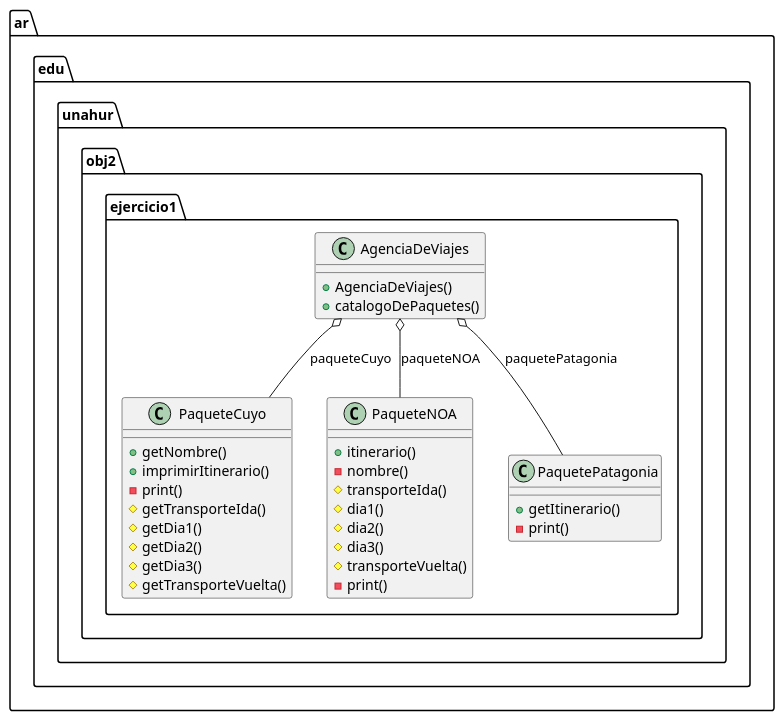
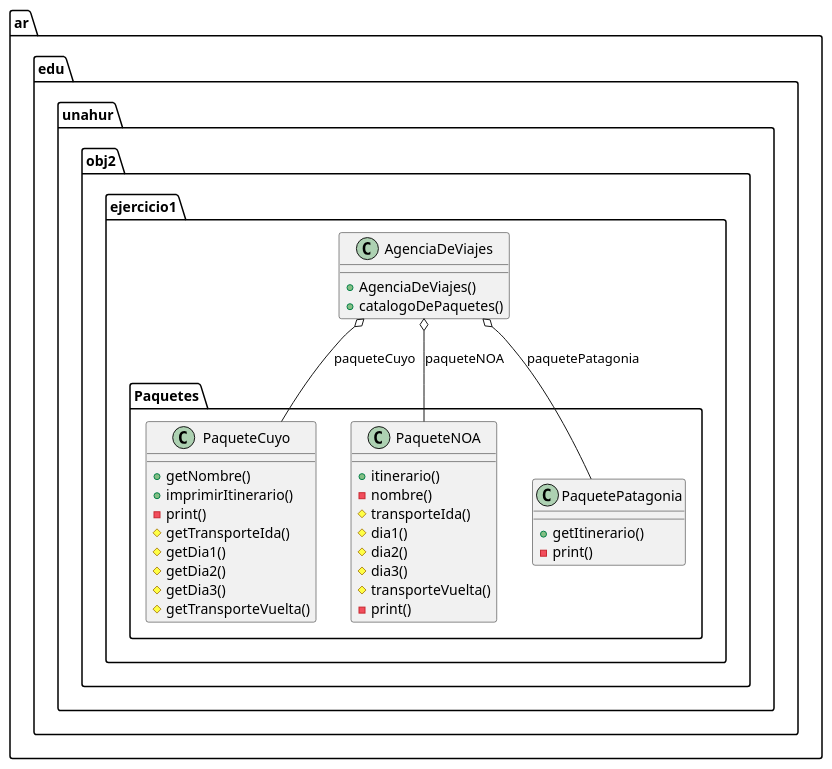
Before and after one commit to obj2-unahur/integrador-2019S1: the diagram in src/main/resources/ejercicio1.plantuml, drawn with PlantUML. The commit also changed 15 other files, not shown here.

```diff
--- a/src/main/resources/ejercicio1.plantuml
+++ b/src/main/resources/ejercicio1.plantuml
@@ -1,39 +1,39 @@
 @startuml
 
     class ar.edu.unahur.obj2.ejercicio1.AgenciaDeViajes {
         + AgenciaDeViajes()
         + catalogoDePaquetes()
     }
 
-    class ar.edu.unahur.obj2.ejercicio1.PaqueteCuyo {
+    class ar.edu.unahur.obj2.ejercicio1.Paquetes.PaqueteCuyo {
         + getNombre()
         + imprimirItinerario()
         - print()
         # getTransporteIda()
         # getDia1()
         # getDia2()
         # getDia3()
         # getTransporteVuelta()
     }
 
-    class ar.edu.unahur.obj2.ejercicio1.PaqueteNOA {
+    class ar.edu.unahur.obj2.ejercicio1.Paquetes.PaqueteNOA {
         + itinerario()
         - nombre()
         # transporteIda()
         # dia1()
         # dia2()
         # dia3()
         # transporteVuelta()
         - print()
     }
 
-    class ar.edu.unahur.obj2.ejercicio1.PaquetePatagonia {
+    class ar.edu.unahur.obj2.ejercicio1.Paquetes.PaquetePatagonia {
         + getItinerario()
         - print()
     }
 
-  ar.edu.unahur.obj2.ejercicio1.AgenciaDeViajes o-- ar.edu.unahur.obj2.ejercicio1.PaqueteCuyo : paqueteCuyo
-  ar.edu.unahur.obj2.ejercicio1.AgenciaDeViajes o-- ar.edu.unahur.obj2.ejercicio1.PaqueteNOA : paqueteNOA
-  ar.edu.unahur.obj2.ejercicio1.AgenciaDeViajes o-- ar.edu.unahur.obj2.ejercicio1.PaquetePatagonia : paquetePatagonia
+  ar.edu.unahur.obj2.ejercicio1.AgenciaDeViajes o-- ar.edu.unahur.obj2.ejercicio1.Paquetes.PaqueteCuyo : paqueteCuyo
+  ar.edu.unahur.obj2.ejercicio1.AgenciaDeViajes o-- ar.edu.unahur.obj2.ejercicio1.Paquetes.PaqueteNOA : paqueteNOA
+  ar.edu.unahur.obj2.ejercicio1.AgenciaDeViajes o-- ar.edu.unahur.obj2.ejercicio1.Paquetes.PaquetePatagonia : paquetePatagonia
 
 @enduml
```
